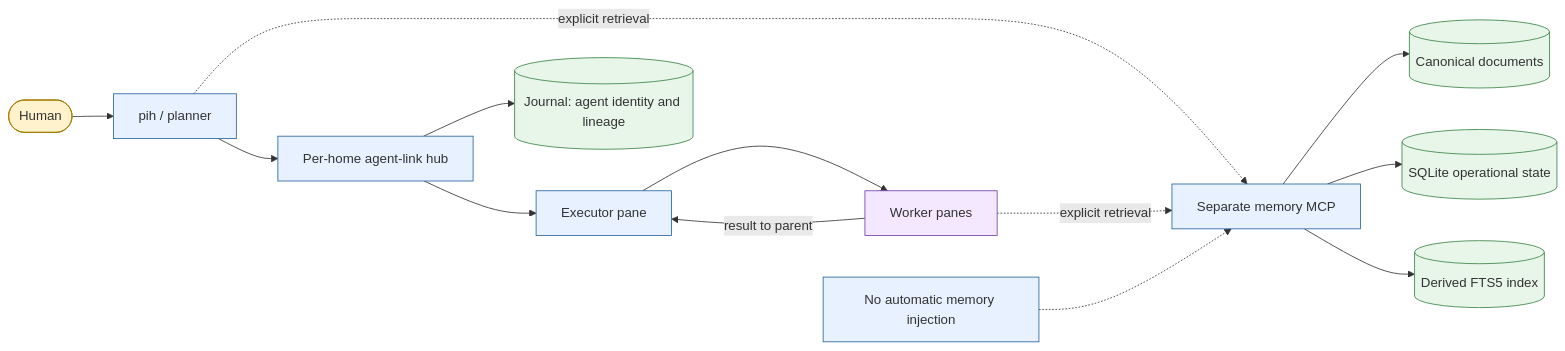
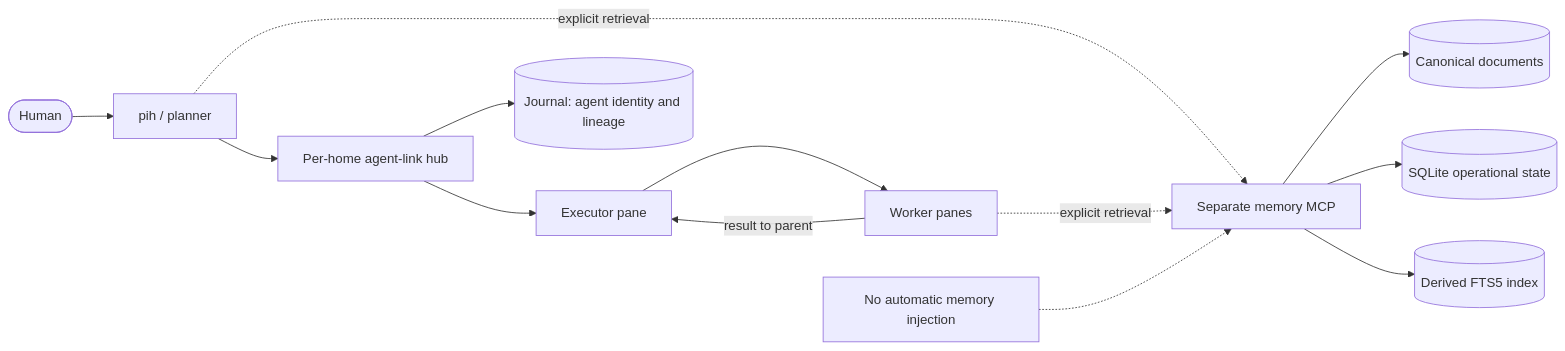
Before and after one commit to Jero110/pi-house: the first of 4 diagrams in README.md, drawn with Mermaid. The commit also changed other lines of this file and 2 other files, not shown here.

First line of the commit message:
fix: run CI on the Node that books-rag needs, and draw diagrams without colors

````diff
--- a/README.md
+++ b/README.md
@@ -80,17 +80,13 @@
 ```mermaid
 flowchart LR
-  classDef code fill:#e8f1ff,stroke:#2864a0
-  classDef llm fill:#f3e8ff,stroke:#7541a6
-  classDef store fill:#e8f5e9,stroke:#398447
-  classDef human fill:#fff2cc,stroke:#a47b00
-  U([Human]):::human --> P[pih / planner]:::code --> H[Per-home agent-link hub]:::code
-  H --> E[Executor pane]:::code --> W[Worker panes]:::llm
+  U([Human]) --> P[pih / planner] --> H[Per-home agent-link hub]
+  H --> E[Executor pane] --> W[Worker panes]
   W -->|result to parent| E
-  H --> J[(Journal: agent identity and lineage)]:::store
-  P -. explicit retrieval .-> M[Separate memory MCP]:::code
+  H --> J[(Journal: agent identity and lineage)]
+  P -. explicit retrieval .-> M[Separate memory MCP]
   W -. explicit retrieval .-> M
-  M --> D[(Canonical documents)]:::store
-  M --> O[(SQLite operational state)]:::store
-  M --> F[(Derived FTS5 index)]:::store
-  N[No automatic memory injection]:::code -.-> M
+  M --> D[(Canonical documents)]
+  M --> O[(SQLite operational state)]
+  M --> F[(Derived FTS5 index)]
+  N[No automatic memory injection] -.-> M
 ```
````
